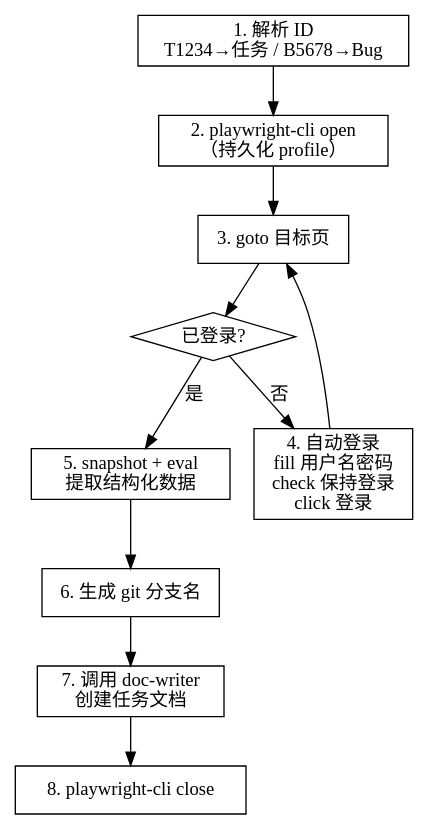
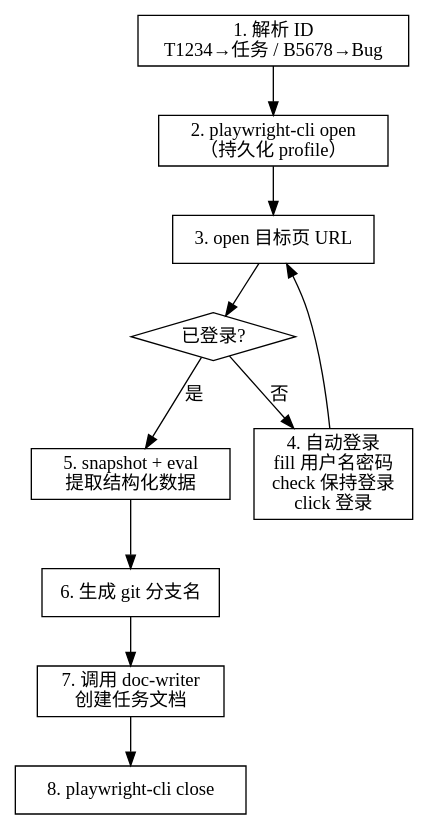
Before and after one commit to benbergg/froggo-skills: the diagram in skills/zentao-syncer/SKILL.md, drawn with Graphviz. The commit also changed other lines of this file, not shown here.

````diff
--- a/skills/zentao-syncer/SKILL.md
+++ b/skills/zentao-syncer/SKILL.md
@@ -33,26 +33,26 @@
 ```dot
 digraph flow {
     rankdir=TB;
     node [shape=box];
 
     parse [label="1. 解析 ID\nT1234→任务 / B5678→Bug"];
     open [label="2. playwright-cli open\n（持久化 profile）"];
-    goto [label="3. goto 目标页"];
+    goto [label="3. open 目标页 URL"];
     check [label="已登录?" shape=diamond];
     login [label="4. 自动登录\nfill 用户名密码\ncheck 保持登录\nclick 登录"];
     extract [label="5. snapshot + eval\n提取结构化数据"];
     branch [label="6. 生成 git 分支名"];
     create [label="7. 调用 doc-writer\n创建任务文档"];
     close [label="8. playwright-cli close"];
 
     parse -> open;
     open -> goto;
     goto -> check;
     check -> extract [label="是"];
     check -> login [label="否"];
     login -> goto;
     extract -> branch;
     branch -> create;
     create -> close;
 }
 ```
````
